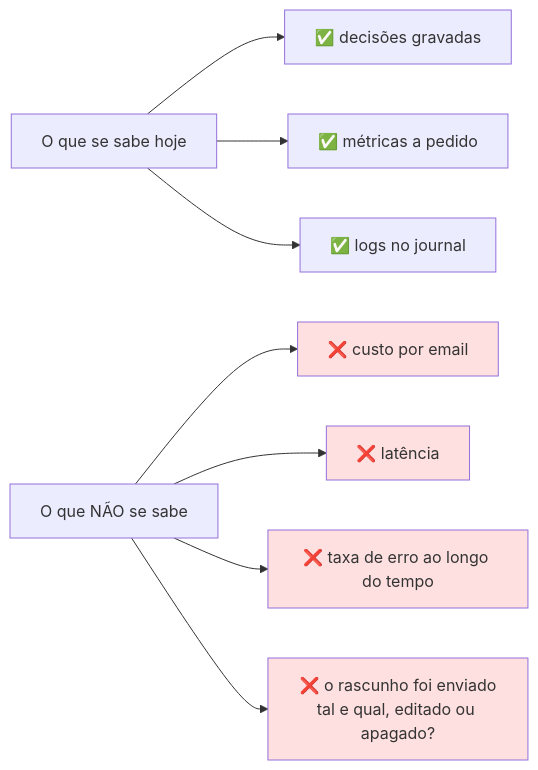
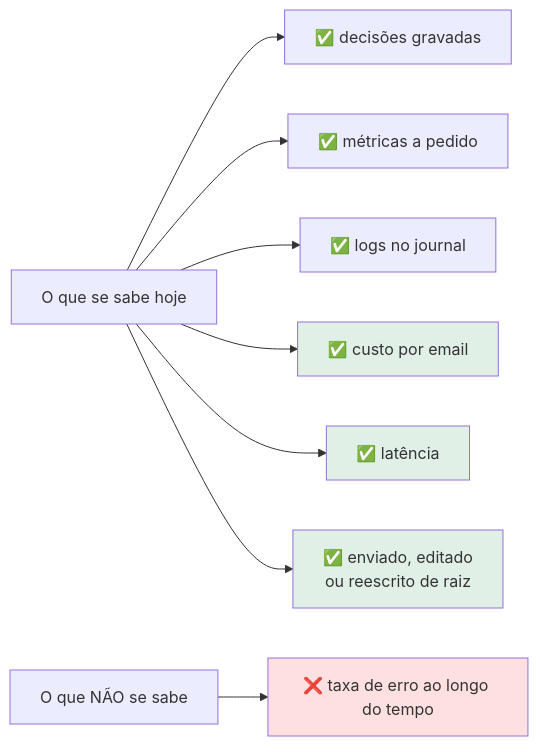
Before and after one commit to joaocarvalhini/Outlook-Reply-Assistant: the diagram in docs/06-engineering/limitations.md, drawn with Mermaid. The commit also changed other lines of this file and 4 other files, not shown here.

````diff
--- a/docs/06-engineering/limitations.md
+++ b/docs/06-engineering/limitations.md
@@ -134,14 +134,14 @@
 ```mermaid
 flowchart LR
     A["O que se sabe hoje"] --> A1["✅ decisões gravadas"]
     A --> A2["✅ métricas a pedido"]
     A --> A3["✅ logs no journal"]
-    B["O que NÃO se sabe"] --> B1["❌ custo por email"]
-    B --> B2["❌ latência"]
-    B --> B3["❌ taxa de erro ao longo do tempo"]
-    B --> B4["❌ o rascunho foi enviado<br/>tal e qual, editado ou apagado?"]
-    style B1 fill:#ffe0e0
-    style B2 fill:#ffe0e0
+    A --> A4["✅ custo por email"]
+    A --> A5["✅ latência"]
+    A --> A6["✅ enviado, editado<br/>ou reescrito de raiz"]
+    B["O que NÃO se sabe"] --> B3["❌ taxa de erro ao longo do tempo"]
+    style A4 fill:#e0f0e6
+    style A5 fill:#e0f0e6
+    style A6 fill:#e0f0e6
     style B3 fill:#ffe0e0
-    style B4 fill:#ffe0e0
 ```
````
